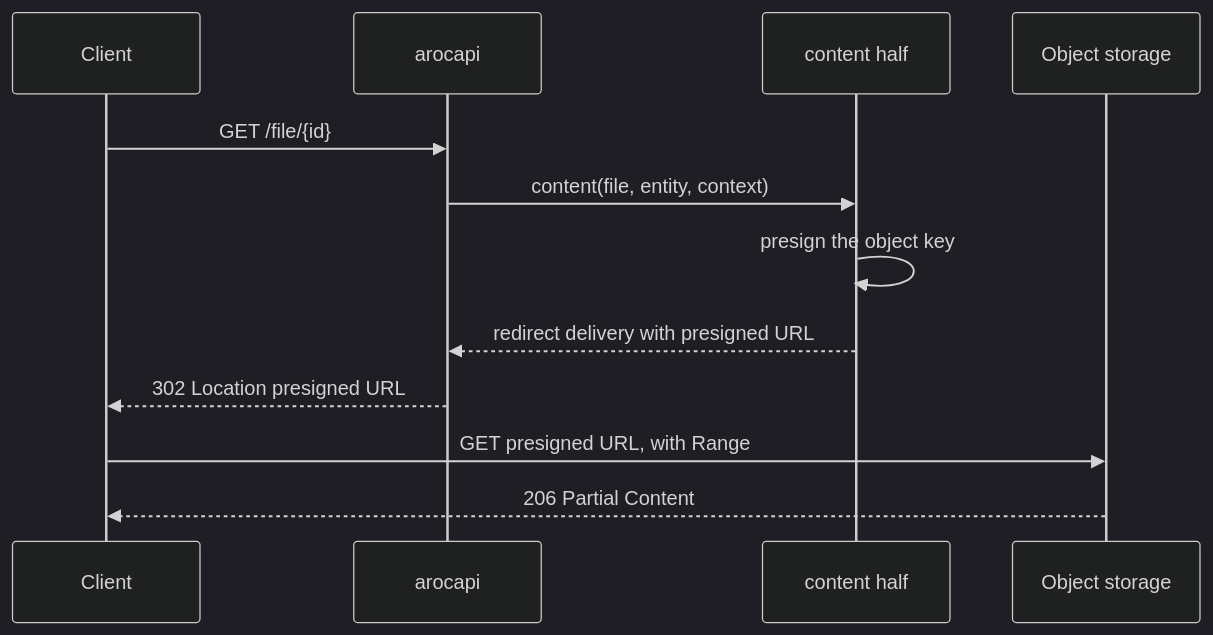
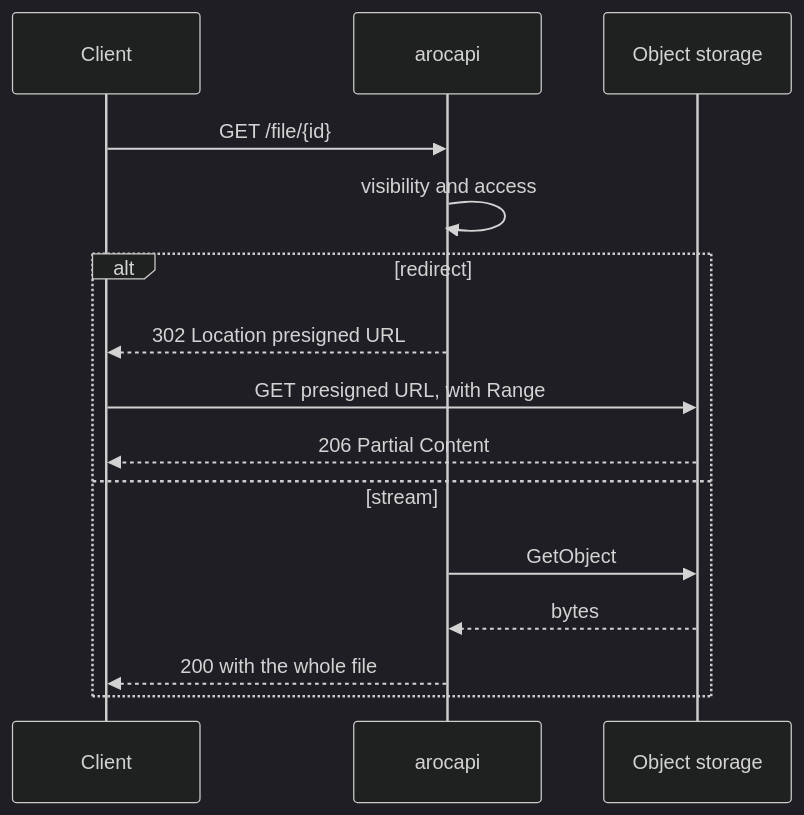
One commit to crate-works/arocapi changed the diagram in website/src/content/docs/strategies/storage.mdx. Above: the diagram before and after it, drawn with Mermaid (dark theme). The commit also changed other lines of this file and 5 other files, not shown here.

````diff
--- a/website/src/content/docs/strategies/storage.mdx
+++ b/website/src/content/docs/strategies/storage.mdx
@@ -92,14 +67,17 @@
 ```mermaid
 sequenceDiagram
   participant Client
   participant arocapi
-  participant Storage as content half
   participant Bucket as Object storage
   Client->>arocapi: GET /file/{id}
-  arocapi->>Storage: content(file, entity, context)
-  Storage->>Storage: presign the object key
-  Storage-->>arocapi: redirect delivery with presigned URL
-  arocapi-->>Client: 302 Location presigned URL
-  Client->>Bucket: GET presigned URL, with Range
-  Bucket-->>Client: 206 Partial Content
+  arocapi->>arocapi: visibility and access
+  alt redirect
+    arocapi-->>Client: 302 Location presigned URL
+    Client->>Bucket: GET presigned URL, with Range
+    Bucket-->>Client: 206 Partial Content
+  else stream
+    arocapi->>Bucket: GetObject
+    Bucket-->>arocapi: bytes
+    arocapi-->>Client: 200 with the whole file
+  end
 ```
````
